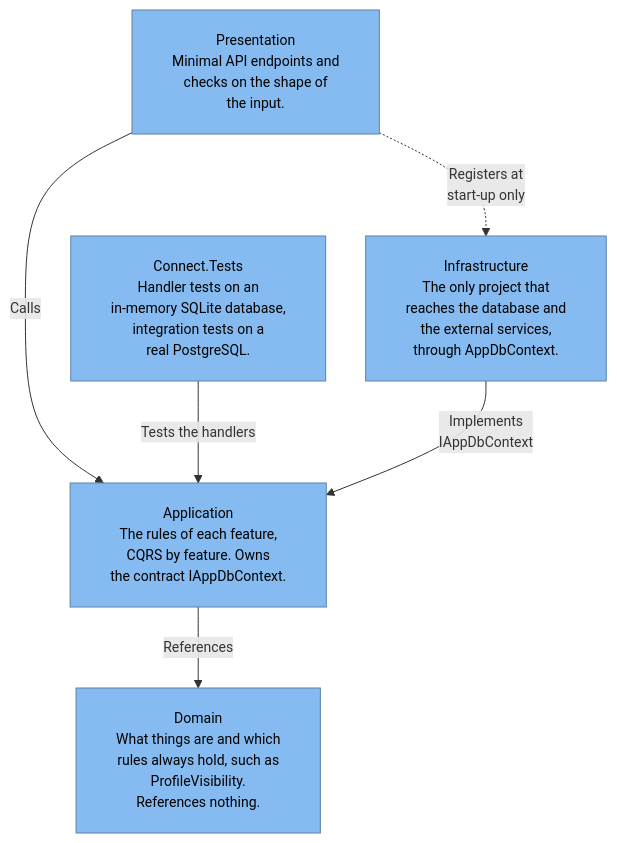
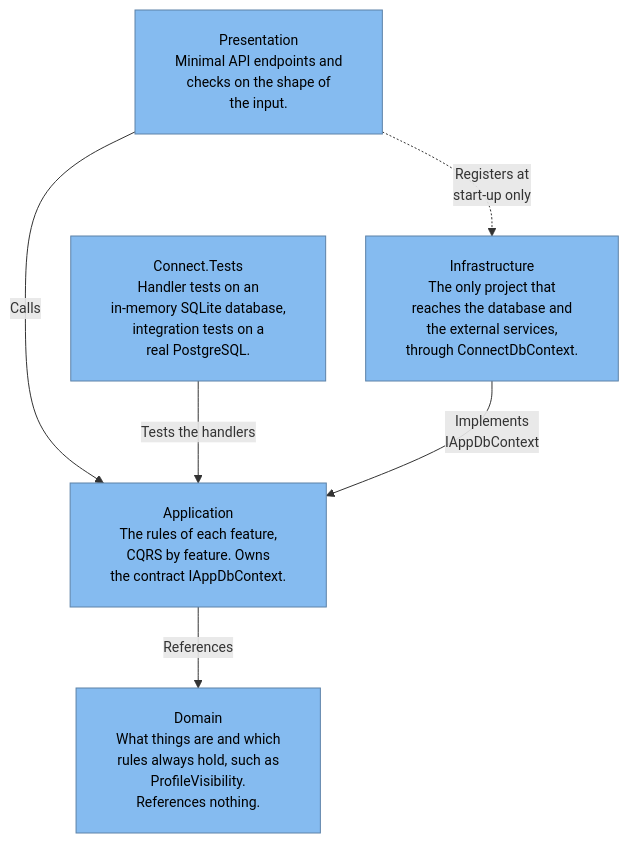
Before and after one commit to guruITA/connect-nine: the first of 9 diagrams in docs/wesley/securityAndArchitecture.md, drawn with Mermaid. The commit also changed other lines of this file and 4 other files, not shown here.

First line of the commit message:
docs(docs): name the DbContext ConnectDbContext, as the code does (#12)

````diff
--- a/docs/wesley/securityAndArchitecture.md
+++ b/docs/wesley/securityAndArchitecture.md
@@ -242,16 +242,16 @@
 ```mermaid
 %%{init: {'flowchart': {'wrappingWidth': 220, 'padding': 20, 'nodeSpacing': 40, 'rankSpacing': 60}, 'themeVariables': {'fontSize': '14px'}}}%%
 flowchart TB
 presentation["Presentation<br/>Minimal API endpoints and<br/>checks on the shape of<br/>the input."]
 tests["Connect.Tests<br/>Handler tests on an<br/>in-memory SQLite database,<br/>integration tests on a<br/>real PostgreSQL."]
-infrastructure["Infrastructure<br/>The only project that<br/>reaches the database and<br/>the external services,<br/>through AppDbContext."]
+infrastructure["Infrastructure<br/>The only project that<br/>reaches the database and<br/>the external services,<br/>through ConnectDbContext."]
 application["Application<br/>The rules of each feature,<br/>CQRS by feature. Owns<br/>the contract IAppDbContext."]
 domain["Domain<br/>What things are and which<br/>rules always hold, such as<br/>ProfileVisibility.<br/>References nothing."]
 presentation -->|"Calls"| application
 presentation -.->|"Registers at<br/>start-up only"| infrastructure
 tests -->|"Tests the handlers"| application
 infrastructure -->|"Implements<br/>IAppDbContext"| application
 application -->|"References"| domain
 classDef component fill:#85bbf0,color:#000000,stroke:#5d82a8
 class presentation,tests,infrastructure,application,domain component
 ```
````
